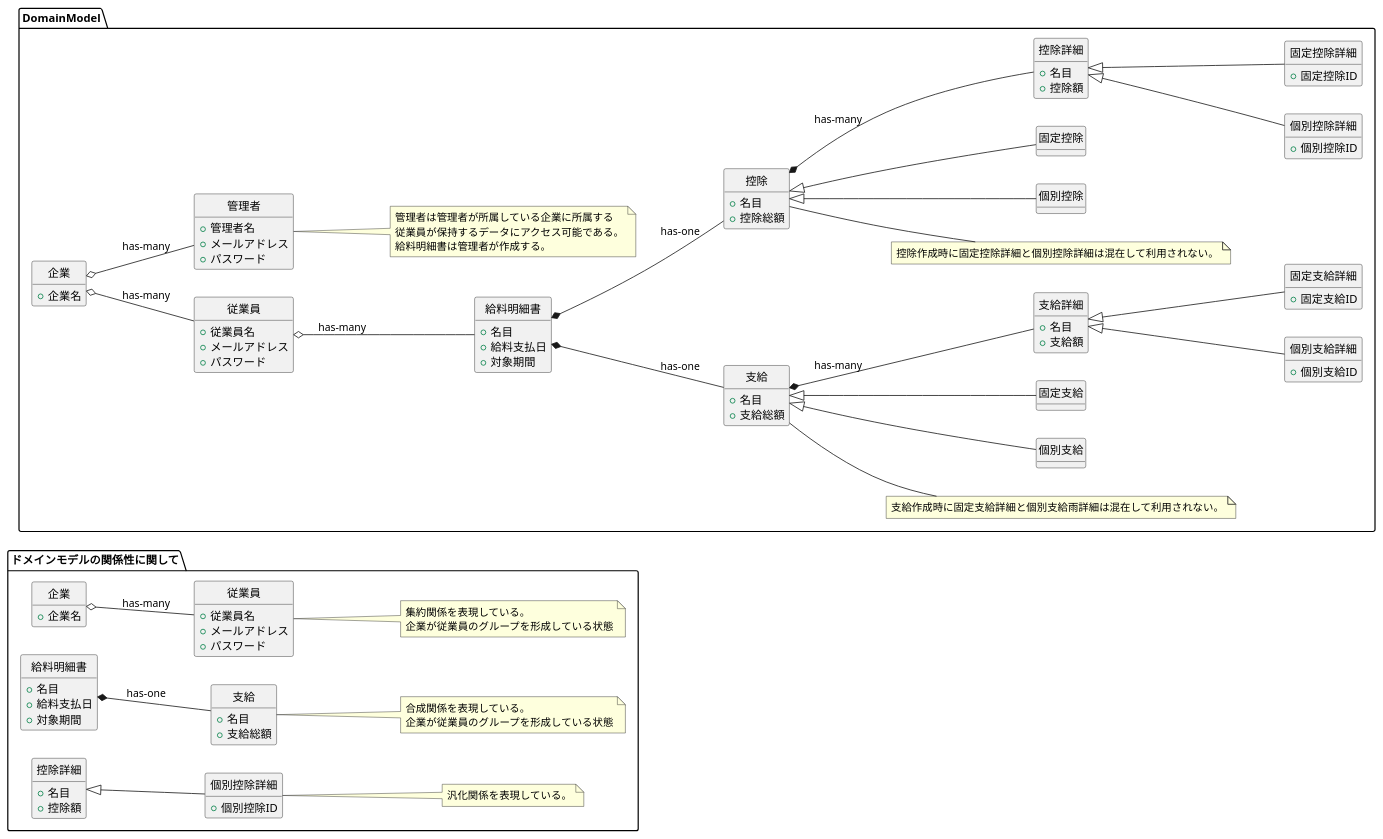
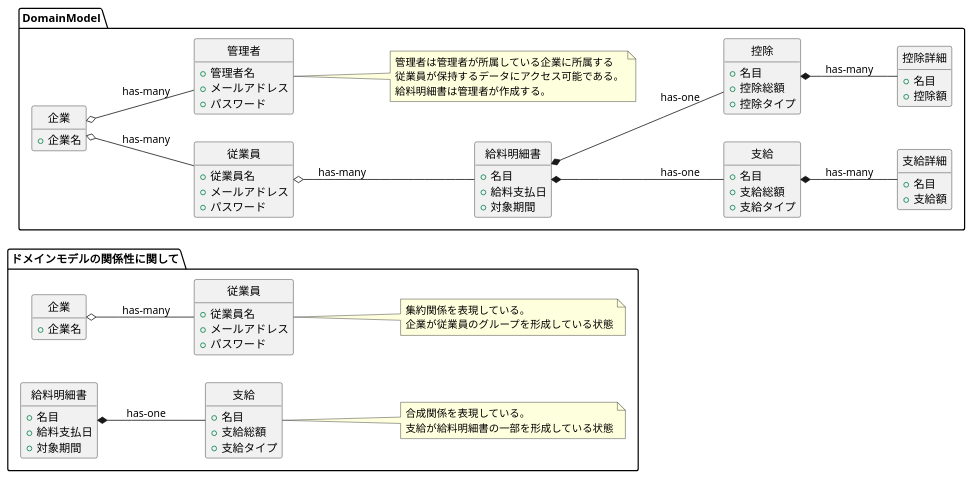
Before and after one commit to jokertennis/Payroll-Software: the diagram in docs/ドメインモデル図/ドメインモデル図.puml, drawn with PlantUML. The commit also changed 3 other files, not shown here.

Commit message:
Fixed documents to use individual_or_fixed type at Earning and Deduction..

```diff
--- a/docs/ドメインモデル図/ドメインモデル図.puml
+++ b/docs/ドメインモデル図/ドメインモデル図.puml
@@ -1,123 +1,92 @@
 left to right direction
 
 hide circle
 hide method
 
 
 package ドメインモデルの関係性に関して {
   class 企業 {
     +企業名 
   }
   class 従業員 {
     +従業員名
     +メールアドレス
     +パスワード
   }
   class 給料明細書 {
     +名目
     +給料支払日
     +対象期間
   }
   class 支給 {
     +名目
     +支給総額
-  }
-  class 控除詳細 {
-    +名目
-    +控除額
-  }
-  class 個別控除詳細 extends 控除詳細 {
-    +個別控除ID
+    +支給タイプ
   }
 
   note "集約関係を表現している。\n企業が従業員のグループを形成している状態" as AggregationDescription
   従業員 --> AggregationDescription
 
-  note "合成関係を表現している。\n企業が従業員のグループを形成している状態" as CompositionDescription
+  note "合成関係を表現している。\n支給が給料明細書の一部を形成している状態" as CompositionDescription
   支給 --> CompositionDescription
-
-  note "汎化関係を表現している。" as  GeneralizationDescription
-  個別控除詳細 --> GeneralizationDescription
 
   企業 o-- 従業員 : has-many
   給料明細書 *-- 支給 : has-one
 }
 
 package DomainModel {
     class 企業 {
       +企業名
     }
     class 従業員 {
       +従業員名
       +メールアドレス
       +パスワード
     }
     class 管理者 {
       +管理者名
       +メールアドレス
       +パスワード
     }
 
     note "管理者は管理者が所属している企業に所属する\n従業員が保持するデータにアクセス可能である。\n給料明細書は管理者が作成する。" as AdministratorDescription
     管理者 --> AdministratorDescription
 
     class 給料明細書 {
       +名目
       +給料支払日
       +対象期間
     }
     class 支給 {
       +名目
       +支給総額
+      +支給タイプ
     }
 
-    note "支給作成時に固定支給詳細と個別支給雨詳細は混在して利用されない。" as EarningDescription
-    支給 --> EarningDescription
-
-    class 個別支給 extends 支給{
-    }
-    class 固定支給 extends 支給{
-    }
     class 支給詳細 {
       +名目
       +支給額
     }
-    class 個別支給詳細 extends 支給詳細{
-      +個別支給ID
-    }
-    class 固定支給詳細 extends 支給詳細{
-      +固定支給ID
-    }
+
     class 控除 {
       +名目
       +控除総額
+      +控除タイプ
     }
 
-    note "控除作成時に固定控除詳細と個別控除詳細は混在して利用されない。" as DeductionDescription
-    控除 --> DeductionDescription
-
-    class 個別控除 extends 控除{
-    }
-    class 固定控除 extends 控除{
-    }
     class 控除詳細 {
       +名目
       +控除額
     }
-    class 個別控除詳細 extends 控除詳細 {
-      +個別控除ID
-    }
-    class 固定控除詳細 extends 控除詳細 {
-      +固定控除ID
-    }
+
     mix_actor 従業員
     mix_actor 管理者
 
     企業 o-- 従業員 : has-many
     企業 o-- 管理者 : has-many
     従業員 o-- 給料明細書 : has-many
     給料明細書 *-- 支給 : has-one
     給料明細書 *-- 控除 : has-one
     支給 *-- 支給詳細 : has-many
     控除 *-- 控除詳細 : has-many
 }
```
